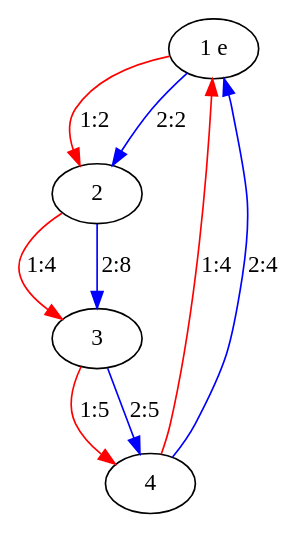
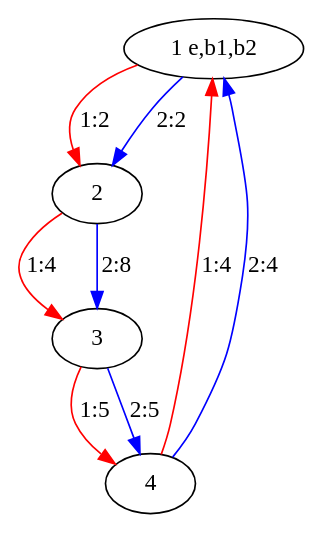
One commit to iagorrr/PDDL-joao-and-the-bus-domain changed the diagram in instances/instance-7.gv. Above: the diagram before and after it, drawn with Graphviz. The commit also changed 21 other files, not shown here.

```diff
--- a/instances/instance-7.gv
+++ b/instances/instance-7.gv
@@ -1,15 +1,14 @@
 digraph "instance-7" {
-	1 [label="1 s"]
-	1 [label="1 e"]
+	1 [label="1 e,b1,b2"]
 	2 [label=2]
 	1 -> 2 [label="1:2" color=red weight=2]
 	1 -> 2 [label="2:2" color=blue weight=2]
 	3 [label=3]
 	2 -> 3 [label="1:4" color=red weight=4]
 	2 -> 3 [label="2:8" color=blue weight=8]
 	4 [label=4]
 	3 -> 4 [label="1:5" color=red weight=5]
 	3 -> 4 [label="2:5" color=blue weight=5]
 	4 -> 1 [label="1:4" color=red weight=4]
 	4 -> 1 [label="2:4" color=blue weight=4]
 }
```
